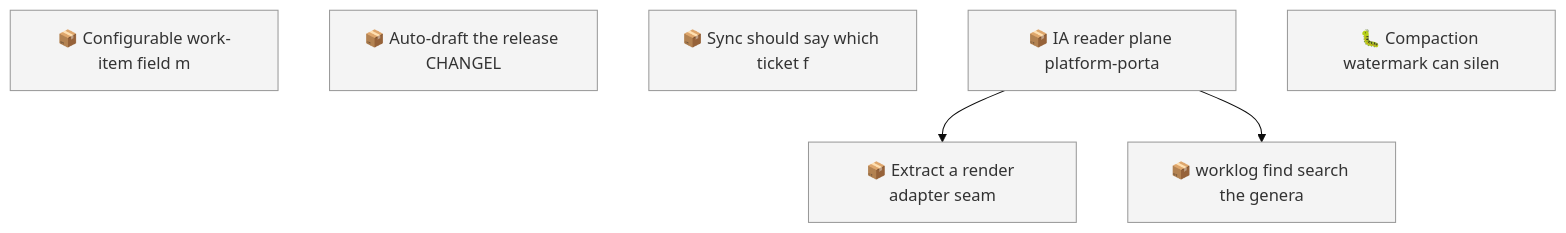
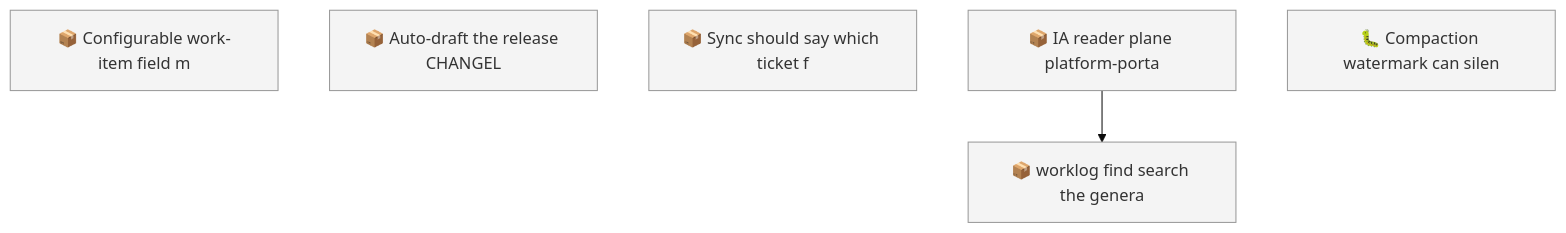
Before and after one commit to SpillwaveSolutions/wiki_ticket_sdd: the first of 2 diagrams in docs/roadmap.md, drawn with Mermaid (base theme). The commit also changed other lines of this file and 15 other files, not shown here.

````diff
--- a/docs/roadmap.md
+++ b/docs/roadmap.md
@@ -52,14 +51,12 @@
 ```mermaid
 graph TD
     01KY5NE0ZYGBWG44N0KPEBFCZ8["📦 Configurable work-item field m"]
     01KYAC0AC01R4C6W7YY1X8NVRV["📦 Auto-draft the release CHANGEL"]
     01KYNHEVDSD4BTASXCTV88Q80Q["📦 Sync should say which ticket f"]
     01KYWGM3KPNQNSWV03FRG23ADB["📦 IA reader plane platform-porta"]
-    01KYWGM3R13Q33YZ3PJA3V7QMD["📦 Extract a render adapter seam"]
     01KYWGM3W958F3QK4HB52X1Q1X["📦 worklog find search the genera"]
     01KYZ5CY9PS60BYH1E07DF5C9P["🐛 Compaction watermark can silen"]
-    01KYWGM3KPNQNSWV03FRG23ADB --> 01KYWGM3R13Q33YZ3PJA3V7QMD
     01KYWGM3KPNQNSWV03FRG23ADB --> 01KYWGM3W958F3QK4HB52X1Q1X
     classDef todo fill:#f4f4f4,stroke:#999999
-    class 01KY5NE0ZYGBWG44N0KPEBFCZ8,01KYAC0AC01R4C6W7YY1X8NVRV,01KYNHEVDSD4BTASXCTV88Q80Q,01KYWGM3KPNQNSWV03FRG23ADB,01KYWGM3R13Q33YZ3PJA3V7QMD,01KYWGM3W958F3QK4HB52X1Q1X,01KYZ5CY9PS60BYH1E07DF5C9P todo
+    class 01KY5NE0ZYGBWG44N0KPEBFCZ8,01KYAC0AC01R4C6W7YY1X8NVRV,01KYNHEVDSD4BTASXCTV88Q80Q,01KYWGM3KPNQNSWV03FRG23ADB,01KYWGM3W958F3QK4HB52X1Q1X,01KYZ5CY9PS60BYH1E07DF5C9P todo
 ```
````
